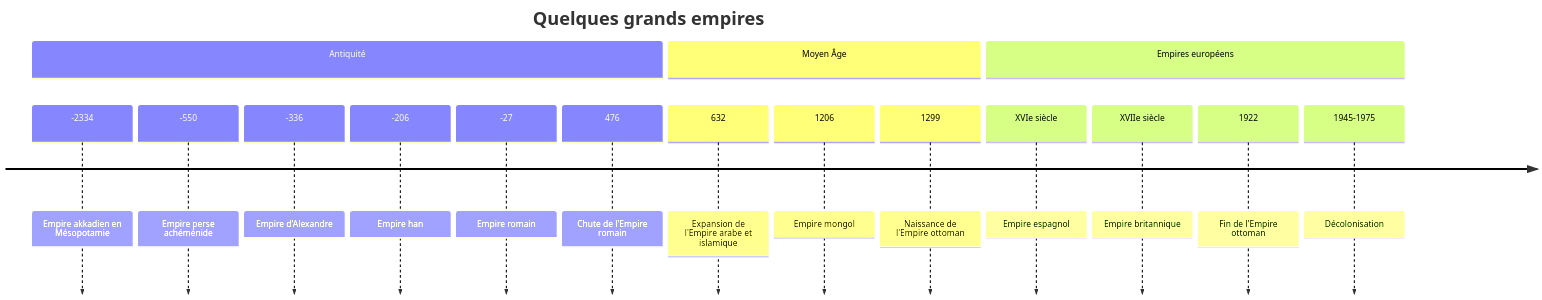
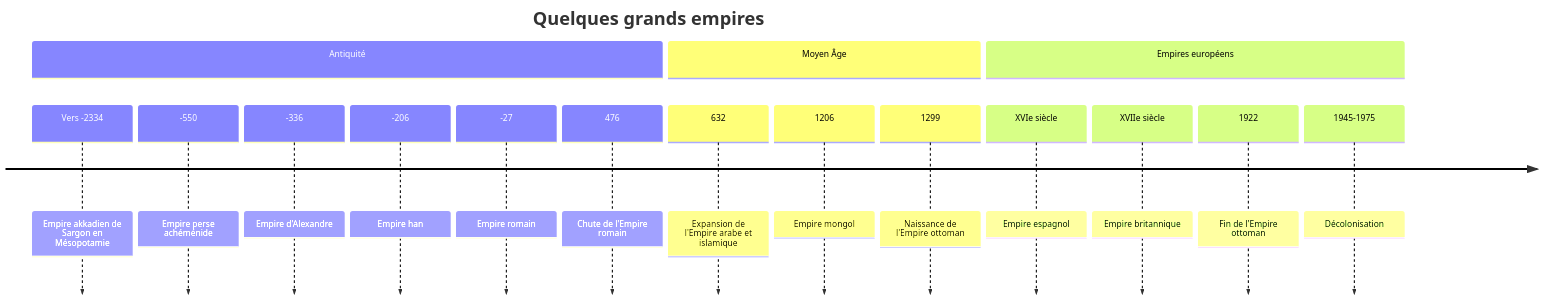
Before and after one commit to rwmicro/pensine: the diagram in Social Sciences/History/Les Empires.md, drawn with Mermaid. The commit also changed 9 other files, not shown here.

````diff
--- a/Social Sciences/History/Les Empires.md
+++ b/Social Sciences/History/Les Empires.md
@@ -21,20 +21,20 @@
 ```mermaid
 timeline
     title Quelques grands empires
     section Antiquité
-        -2334 : Empire akkadien en Mésopotamie
+        Vers -2334 : Empire akkadien de Sargon en Mésopotamie
         -550 : Empire perse achéménide
         -336 : Empire d'Alexandre
         -206 : Empire han
         -27 : Empire romain
         476 : Chute de l'Empire romain
     section Moyen Âge
         632 : Expansion de l'Empire arabe et islamique
         1206 : Empire mongol
         1299 : Naissance de l'Empire ottoman
     section Empires européens
         XVIe siècle : Empire espagnol
         XVIIe siècle : Empire britannique
         1922 : Fin de l'Empire ottoman
         1945-1975 : Décolonisation
 ```
````
